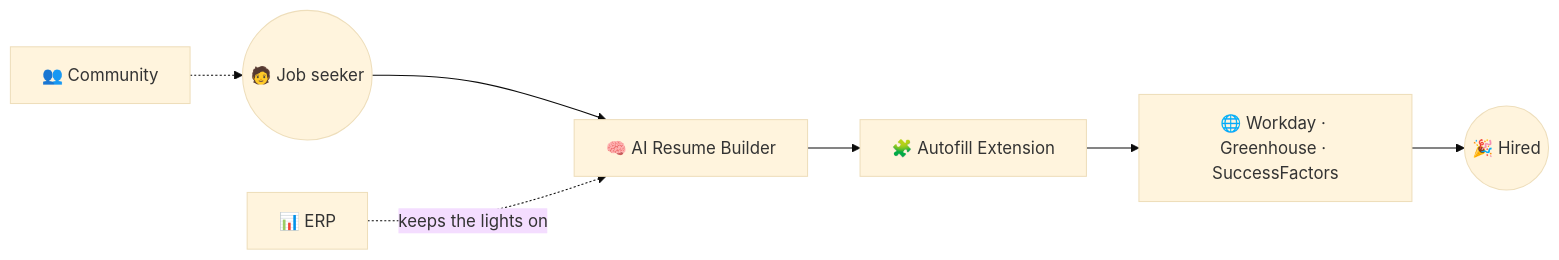
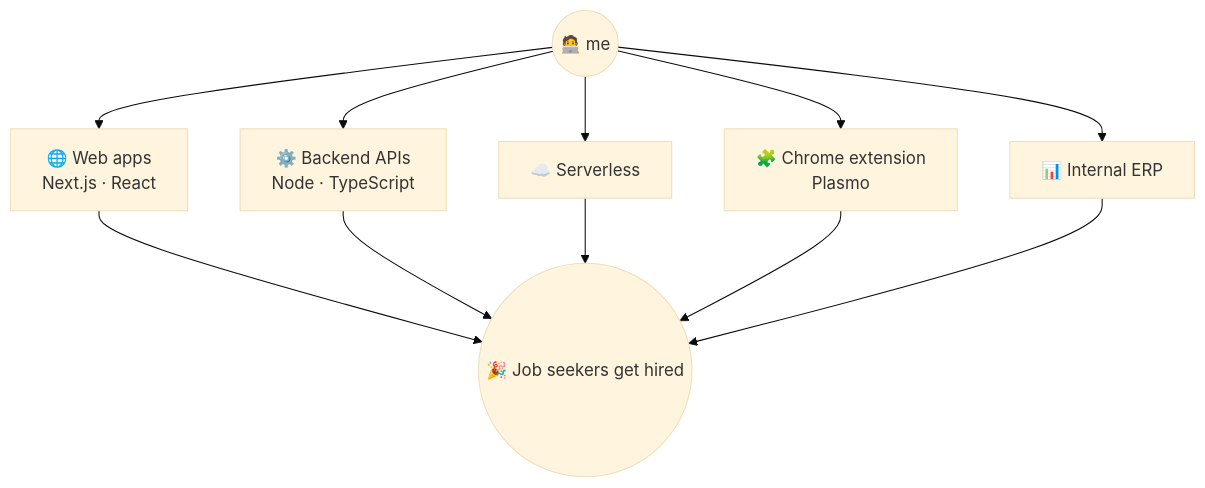
One commit to Ghost1129/Ghost1129 changed the diagram in README.md. Above: the diagram before and after it, drawn with Mermaid (base theme). The commit also changed other lines of this file, not shown here.

````diff
--- a/README.md
+++ b/README.md
@@ -96,9 +97,10 @@
 ```mermaid
-flowchart LR
-    U(("🧑 Job seeker")) --> R["🧠 AI Resume Builder"]
-    R --> E["🧩 Autofill Extension"]
-    E --> P["🌐 Workday · Greenhouse · SuccessFactors"]
-    P --> H(("🎉 Hired"))
-    C["👥 Community"] -.-> U
-    ERP["📊 ERP"] -.keeps the lights on.-> R
+flowchart TB
+    D(("🧑‍💻 me"))
+    D --> W["🌐 Web apps<br/>Next.js · React"]
+    D --> A["⚙️ Backend APIs<br/>Node · TypeScript"]
+    D --> S["☁️ Serverless"]
+    D --> X["🧩 Chrome extension<br/>Plasmo"]
+    D --> E["📊 Internal ERP"]
+    W & A & S & X & E --> U(("🎉 Job seekers get hired"))
 ```
````
